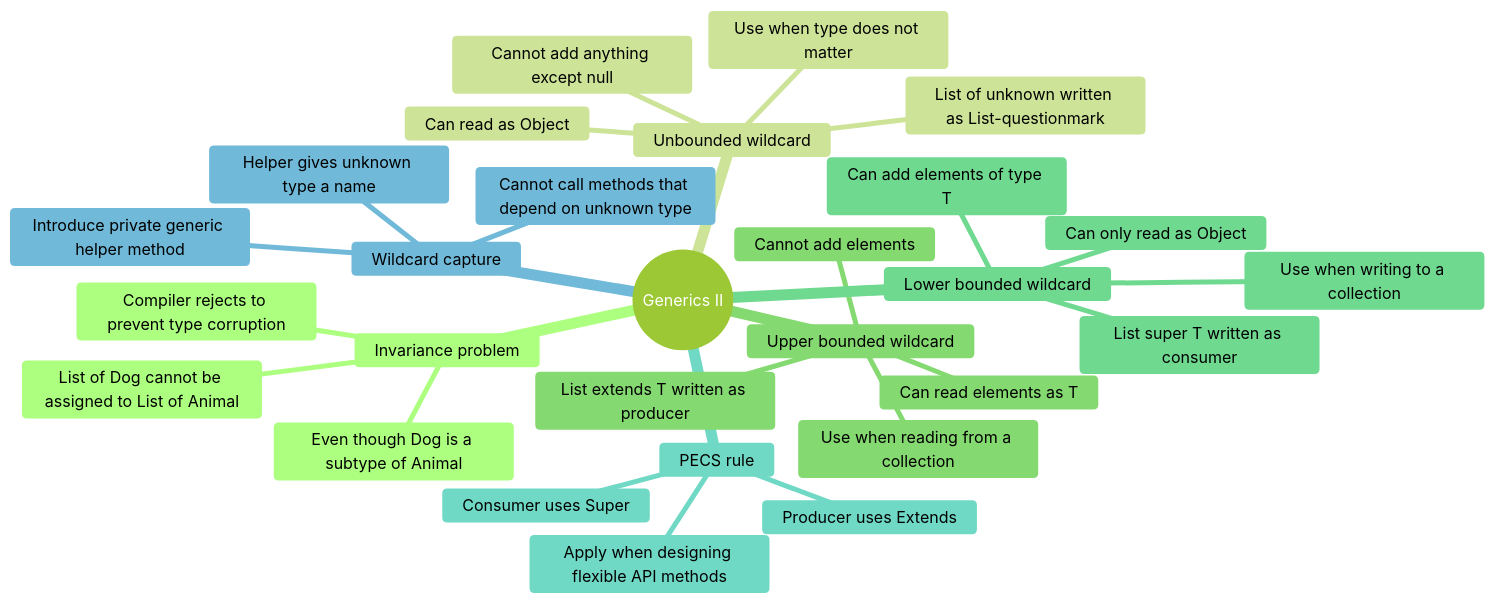
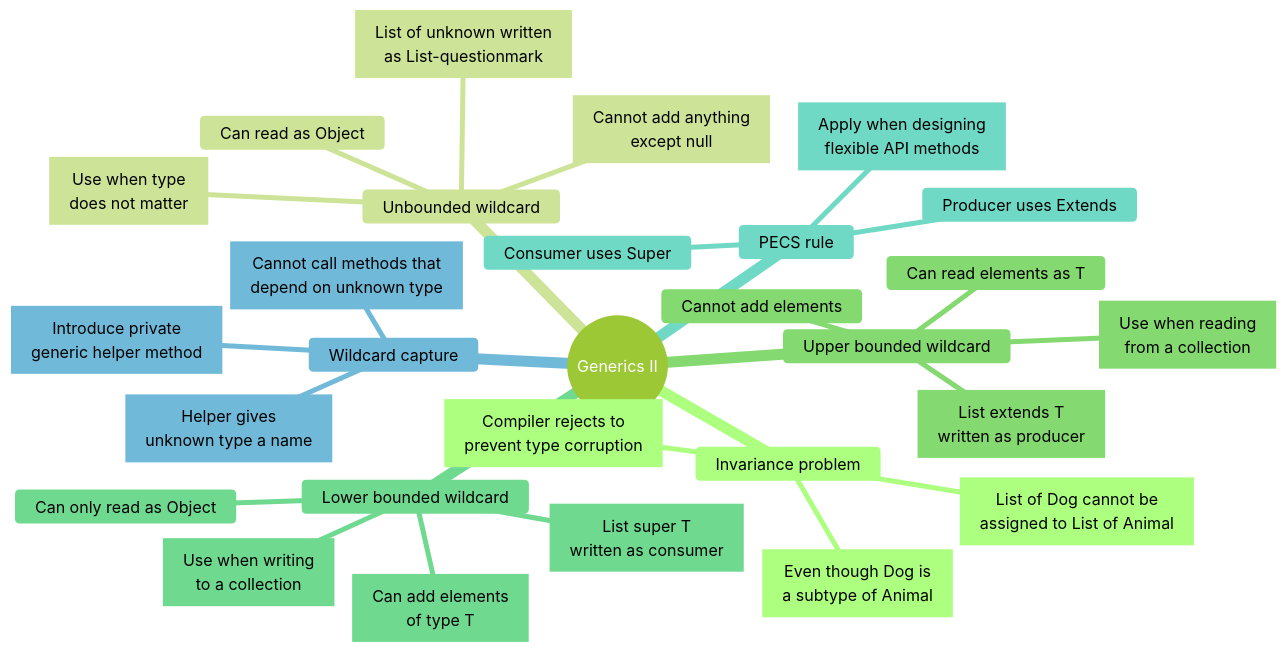
Before and after one commit to nmcguinness/L8-OOP-Module-Content: the third of 13 diagrams in notes/shared/mind maps/revision_t10_t22.md, drawn with Mermaid. The commit also changed other lines of this file and 421 other files, not shown here.

Commit message:
Updated mermaid diagrams and note layout for topics 9-24.

````diff
--- a/notes/shared/mind maps/revision_t10_t22.md
+++ b/notes/shared/mind maps/revision_t10_t22.md
@@ -319,41 +376,56 @@
 ```mermaid
 ---
 title: "Generics II"
 accDescr: "Mind map of Generics II. Branches: Invariance problem; Unbounded wildcard; Upper bounded wildcard; Lower bounded wildcard; PECS rule; Wildcard capture."
 ---
-%%{init: { "theme": "forest" }}%%
+%%{init: { "theme": "forest", "markdownAutoWrap": false, "mindmap": { "maxNodeWidth": 300 } }}%%
 mindmap
   root((Generics II))
     Invariance problem
-      List of Dog cannot be assigned to List of Animal
-      Even though Dog is a subtype of Animal
-      Compiler rejects to prevent type corruption
+      n1["`List of Dog cannot be
+      assigned to List of Animal`"]
+      n2["`Even though Dog is
+      a subtype of Animal`"]
+      n3["`Compiler rejects to
+      prevent type corruption`"]
 
     Unbounded wildcard
-      List of unknown written as List-questionmark
+      n4["`List of unknown written
+      as List-questionmark`"]
       Can read as Object
-      Cannot add anything except null
-      Use when type does not matter
+      n5["`Cannot add anything
+      except null`"]
+      n6["`Use when type
+      does not matter`"]
 
     Upper bounded wildcard
-      List extends T written as producer
+      n7["`List extends T
+      written as producer`"]
       Can read elements as T
       Cannot add elements
-      Use when reading from a collection
+      n8["`Use when reading
+      from a collection`"]
 
     Lower bounded wildcard
-      List super T written as consumer
-      Can add elements of type T
+      n9["`List super T
+      written as consumer`"]
+      n10["`Can add elements
+      of type T`"]
       Can only read as Object
-      Use when writing to a collection
+      n11["`Use when writing
+      to a collection`"]
 
     PECS rule
       Producer uses Extends
       Consumer uses Super
-      Apply when designing flexible API methods
+      n12["`Apply when designing
+      flexible API methods`"]
 
     Wildcard capture
-      Cannot call methods that depend on unknown type
-      Introduce private generic helper method
-      Helper gives unknown type a name
+      n13["`Cannot call methods that
+      depend on unknown type`"]
+      n14["`Introduce private
+      generic helper method`"]
+      n15["`Helper gives
+      unknown type a name`"]
 ```
````
